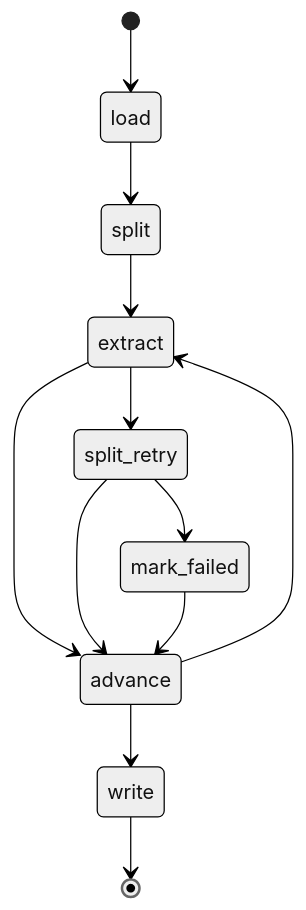
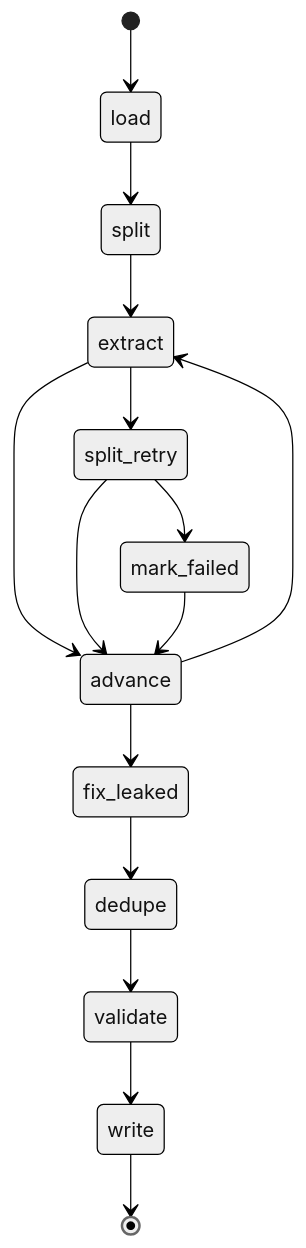
One commit to swasti16/regulatory-test-intelligence changed the second of 2 diagrams in README.md. Above: the diagram before and after it, drawn with Mermaid (neutral theme). The commit also changed other lines of this file and 1 other file, not shown here.

````diff
--- a/README.md
+++ b/README.md
@@ -167,14 +170,17 @@
 ```mermaid
 stateDiagram-v2
     [*] --> load
     load --> split
     split --> extract
     extract --> advance
     extract --> split_retry
     split_retry --> advance
     split_retry --> mark_failed
     mark_failed --> advance
     advance --> extract
-    advance --> write
+    advance --> fix_leaked
+    fix_leaked --> dedupe
+    dedupe --> validate
+    validate --> write
     write --> [*]
 ```
````
